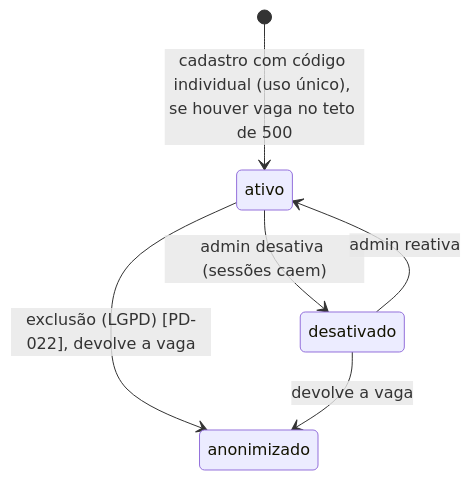
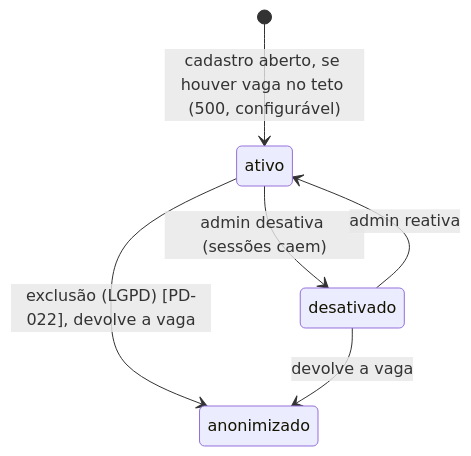
Before and after one commit to Residuum-Organization/residuum-documentacao: the fifth of 9 diagrams in docs/02-arquitetura/diagramas.md, drawn with Mermaid. The commit also changed 22 other files, not shown here.

First line of the commit message:
docs(acesso): troca o código individual por cadastro aberto com teto de contas

````diff
--- a/docs/02-arquitetura/diagramas.md
+++ b/docs/02-arquitetura/diagramas.md
@@ -75,8 +75,8 @@
 ```mermaid
 stateDiagram-v2
-  [*] --> ativo: cadastro com código individual (uso único), se houver vaga no teto de 500
+  [*] --> ativo: cadastro aberto, se houver vaga no teto (500, configurável)
   ativo --> desativado: admin desativa (sessões caem)
   desativado --> ativo: admin reativa
   ativo --> anonimizado: exclusão (LGPD) [PD-022], devolve a vaga
   desativado --> anonimizado: devolve a vaga
 ```
````
